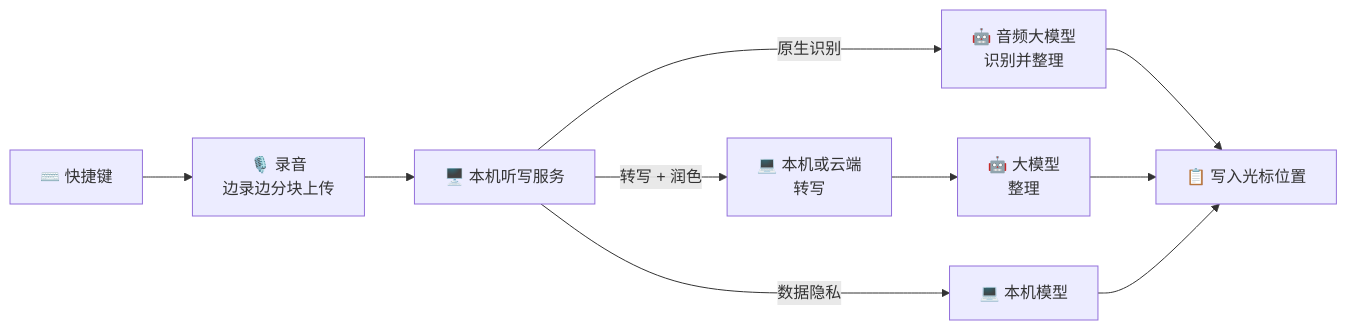
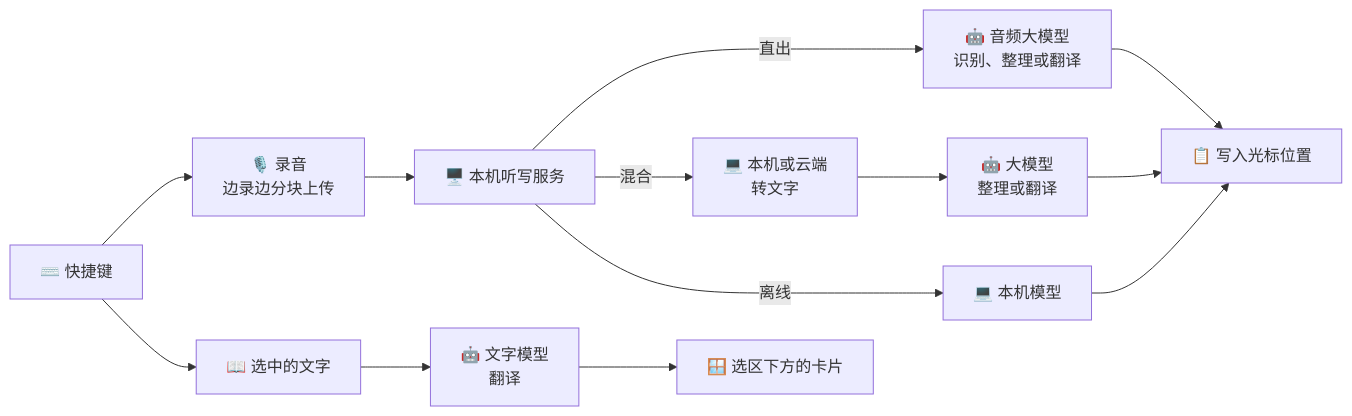
Before and after one commit to GavinMo1/speakmore: the diagram in README.md, drawn with Mermaid. The commit also changed other lines of this file and 2 other files, not shown here.

First line of the commit message:
README（中英）改成三位一体：口号、三项功能、新的首次引导，图全部重截

````diff
--- a/README.md
+++ b/README.md
@@ -362,12 +421,15 @@
 ```mermaid
 flowchart LR
   A["⌨️ 快捷键"] --> B["🎙️ 录音<br/>边录边分块上传"]
   B --> C["🖥️ 本机听写服务"]
-  C -- 原生识别 --> D["🤖 音频大模型<br/>识别并整理"]
-  C -- 转写 + 润色 --> L["💻 本机或云端<br/>转写"]
-  L --> P["🤖 大模型<br/>整理"]
-  C -- 数据隐私 --> Q["💻 本机模型"]
+  C -- 直出 --> D["🤖 音频大模型<br/>识别、整理或翻译"]
+  C -- 混合 --> L["💻 本机或云端<br/>转文字"]
+  L --> P["🤖 大模型<br/>整理或翻译"]
+  C -- 离线 --> Q["💻 本机模型"]
   D --> E["📋 写入光标位置"]
   P --> E
   Q --> E
+  A --> S["📖 选中的文字"]
+  S --> T["🤖 文字模型<br/>翻译"]
+  T --> K["🪟 选区下方的卡片"]
 ```
````
